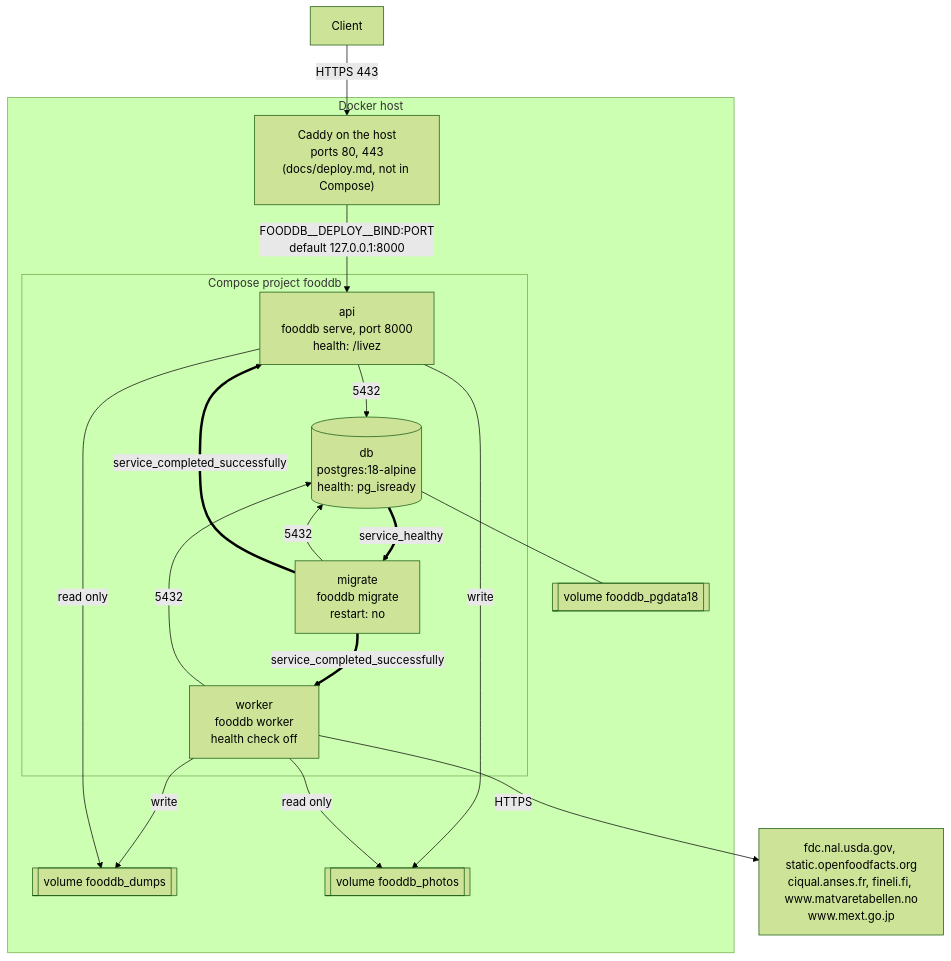
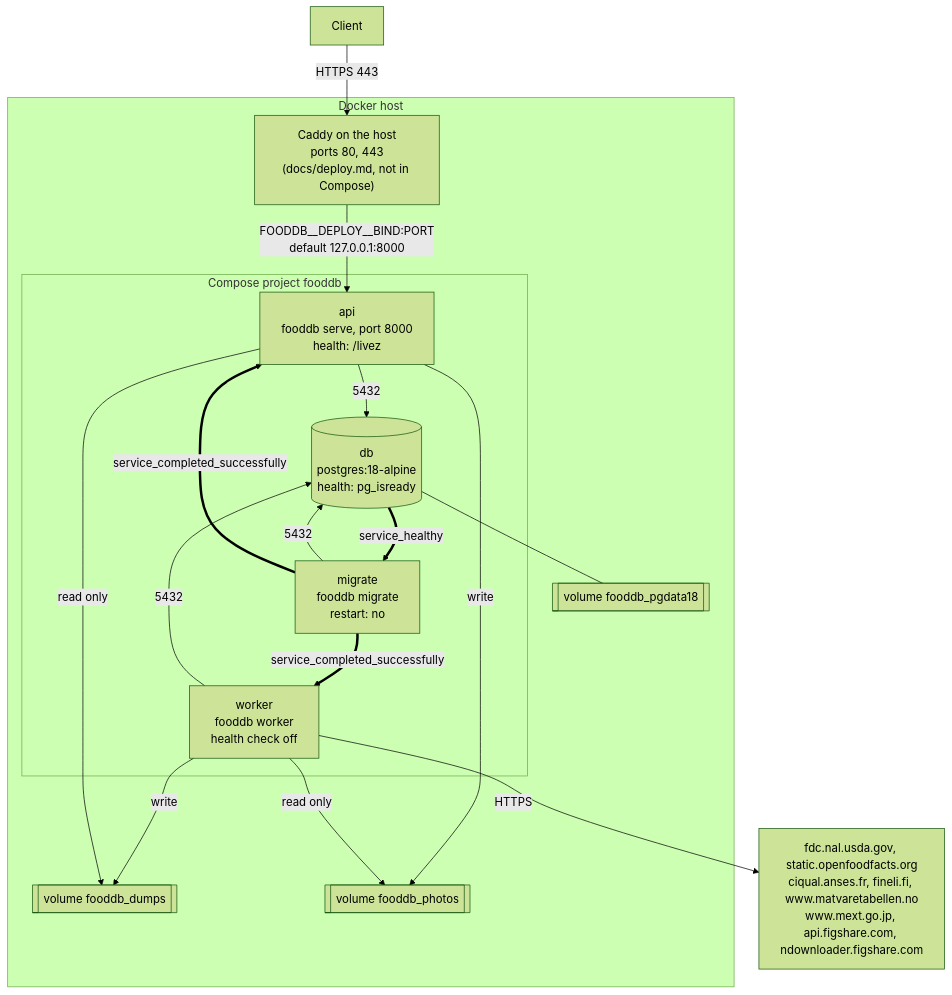
Before and after one commit to eait-fit/fooddb: the second of 19 diagrams in docs/architecture.md, drawn with Mermaid (forest theme). The commit also changed other lines of this file and 15 other files, not shown here.

````diff
--- a/docs/architecture.md
+++ b/docs/architecture.md
@@ -92,31 +92,31 @@
 ```mermaid
 flowchart TB
     client["Client"]
     subgraph host["Docker host"]
         caddy["Caddy on the host<br/>ports 80, 443<br/>(docs/deploy.md, not in Compose)"]
         subgraph stack["Compose project fooddb"]
             dbc[("db<br/>postgres:18-alpine<br/>health: pg_isready")]
             mig["migrate<br/>fooddb migrate<br/>restart: no"]
             apic["api<br/>fooddb serve, port 8000<br/>health: /livez"]
             wk["worker<br/>fooddb worker<br/>health check off"]
         end
         vol[["volume fooddb_pgdata18"]]
         dvol[["volume fooddb_dumps"]]
         pvol[["volume fooddb_photos"]]
     end
-    up["fdc.nal.usda.gov, static.openfoodfacts.org<br/>ciqual.anses.fr, fineli.fi, www.matvaretabellen.no<br/>www.mext.go.jp"]
+    up["fdc.nal.usda.gov, static.openfoodfacts.org<br/>ciqual.anses.fr, fineli.fi, www.matvaretabellen.no<br/>www.mext.go.jp, api.figshare.com, ndownloader.figshare.com"]
     client -->|"HTTPS 443"| caddy
     caddy -->|"FOODDB__DEPLOY__BIND:PORT<br/>default 127.0.0.1:8000"| apic
     dbc --- vol
     wk -->|"write"| dvol
     apic -->|"read only"| dvol
     apic -->|"write"| pvol
     wk -->|"read only"| pvol
     mig -->|5432| dbc
     apic -->|5432| dbc
     wk -->|5432| dbc
     wk -->|HTTPS| up
     dbc ==>|service_healthy| mig
     mig ==>|service_completed_successfully| apic
     mig ==>|service_completed_successfully| wk
 ```
````
